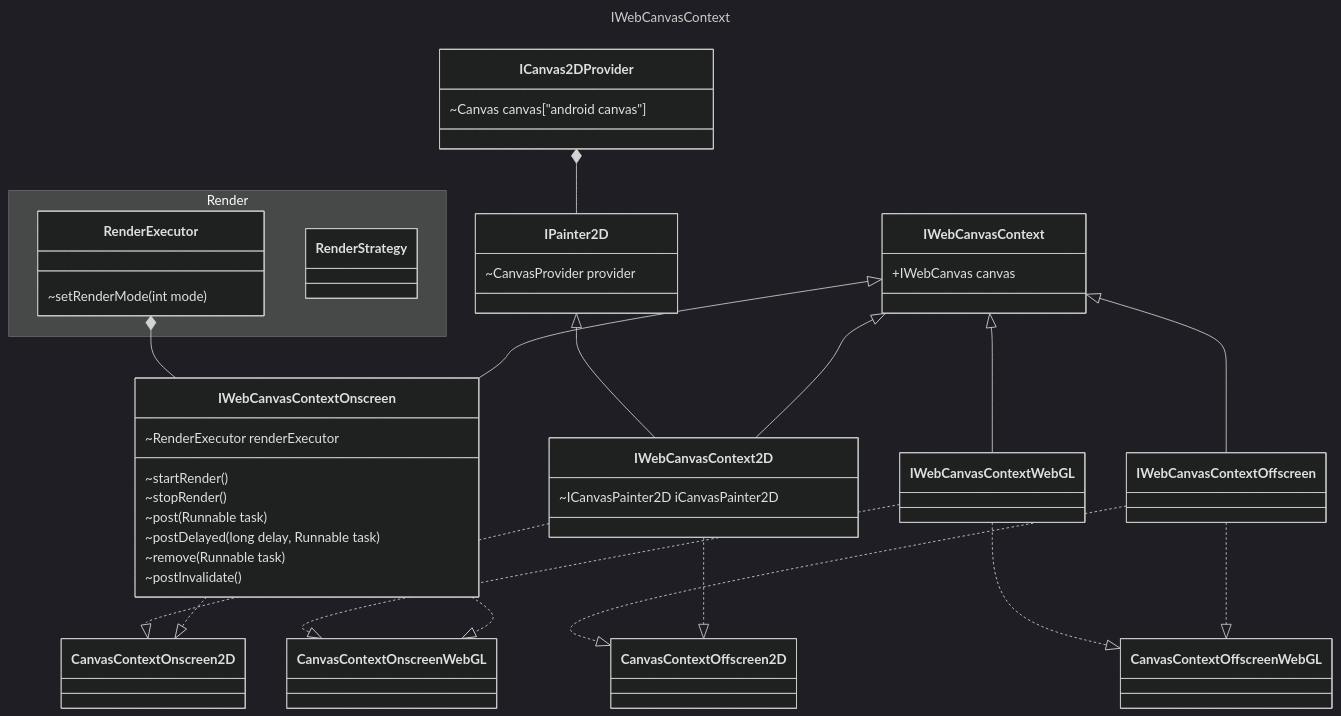
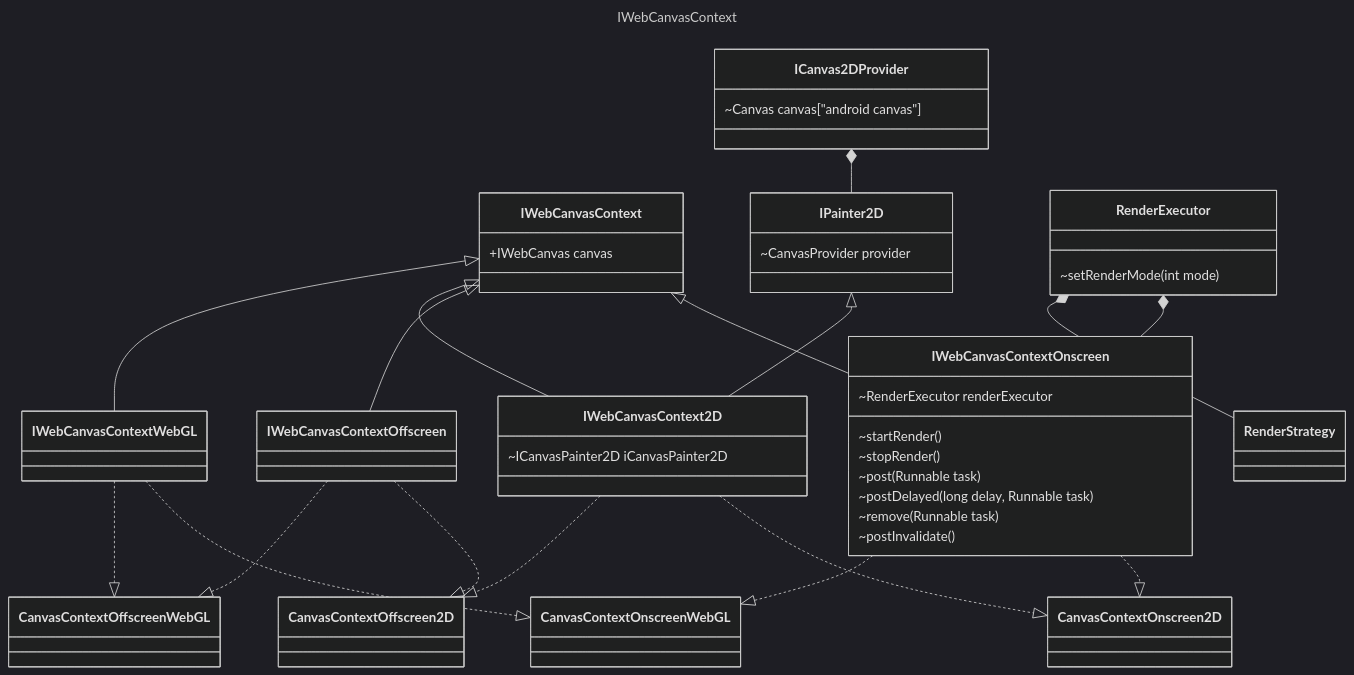
The second of 2 diagrams in canvas/README.md (boybeak/A2WebCanvas), drawn with Mermaid (dark theme) before and after one commit.

````diff
--- a/canvas/README.md
+++ b/canvas/README.md
@@ -15,58 +15,57 @@
 ```mermaid
 ---
 title: IWebCanvasContext
 ---
 classDiagram
     class IWebCanvasContext {
         +IWebCanvas canvas
     }
     class IWebCanvasContextOnscreen {
         ~RenderExecutor renderExecutor
         ~startRender()
         ~stopRender()
         ~post(Runnable task)
         ~postDelayed(long delay, Runnable task)
         ~remove(Runnable task)
         ~postInvalidate()
     }
     class IWebCanvasContext2D {
         ~ICanvasPainter2D iCanvasPainter2D
     }
     class ICanvas2DProvider {
         ~Canvas canvas["android canvas"]
     }
     class IPainter2D {
         ~CanvasProvider provider
     }
-    namespace Render {
-        class RenderExecutor {
-            ~setRenderMode(int mode)
-        }
-        class RenderStrategy {
+    class RenderExecutor {
+        ~setRenderMode(int mode)
+    }
+    class RenderStrategy {
 
-        }
     }
     
 
     IWebCanvasContext  <|-- IWebCanvasContextOnscreen
     IWebCanvasContext <|-- IWebCanvasContextOffscreen 
     IWebCanvasContext <|-- IWebCanvasContext2D 
     IPainter2D <|-- IWebCanvasContext2D
     IWebCanvasContext <|--  IWebCanvasContextWebGL 
 
     IWebCanvasContextOnscreen ..|> CanvasContextOnscreen2D
     IWebCanvasContext2D ..|> CanvasContextOnscreen2D
 
     IWebCanvasContextOnscreen ..|> CanvasContextOnscreenWebGL
     IWebCanvasContextWebGL ..|> CanvasContextOnscreenWebGL
 
     IWebCanvasContext2D ..|> CanvasContextOffscreen2D
     IWebCanvasContextOffscreen ..|> CanvasContextOffscreen2D
     
 
     IWebCanvasContextOffscreen ..|> CanvasContextOffscreenWebGL
     IWebCanvasContextWebGL ..|> CanvasContextOffscreenWebGL
 
     RenderExecutor *-- IWebCanvasContextOnscreen
     ICanvas2DProvider *-- IPainter2D
+    RenderExecutor *-- RenderStrategy
 ```
````
